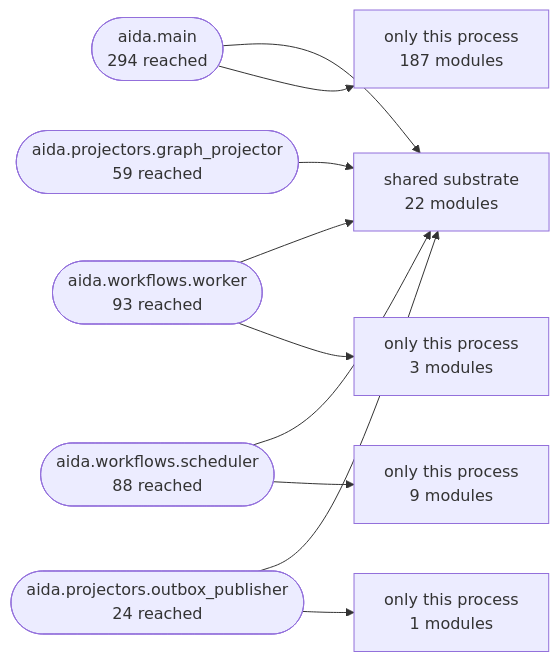
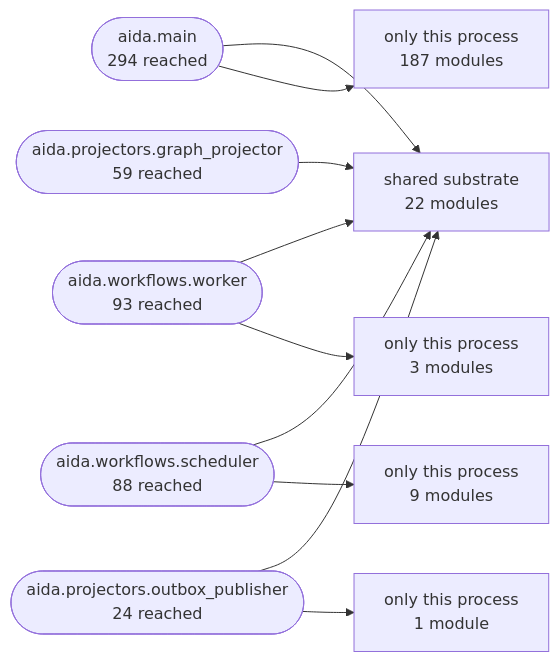
The second of 3 diagrams in Docs/10-architecture/14-generated-architecture-map.md (karuppusamym/AIDataAnalyst), drawn with Mermaid before and after one commit. The commit also changed other lines of this file and 30 other files, not shown here.

````diff
--- a/Docs/10-architecture/14-generated-architecture-map.md
+++ b/Docs/10-architecture/14-generated-architecture-map.md
@@ -164,22 +166,22 @@
 ```mermaid
 graph LR
   shared["shared substrate<br/>22 modules"]
   aida_main(["aida.main<br/>294 reached"])
   aida_workflows_worker(["aida.workflows.worker<br/>93 reached"])
   aida_workflows_scheduler(["aida.workflows.scheduler<br/>88 reached"])
   aida_projectors_graph_projector(["aida.projectors.graph_projector<br/>59 reached"])
   aida_projectors_outbox_publisher(["aida.projectors.outbox_publisher<br/>24 reached"])
   aida_main --> shared
   only_aida_main["only this process<br/>187 modules"]
   aida_main --> only_aida_main
   aida_workflows_worker --> shared
   only_aida_workflows_worker["only this process<br/>3 modules"]
   aida_workflows_worker --> only_aida_workflows_worker
   aida_workflows_scheduler --> shared
   only_aida_workflows_scheduler["only this process<br/>9 modules"]
   aida_workflows_scheduler --> only_aida_workflows_scheduler
   aida_projectors_graph_projector --> shared
   aida_projectors_outbox_publisher --> shared
-  only_aida_projectors_outbox_publisher["only this process<br/>1 modules"]
+  only_aida_projectors_outbox_publisher["only this process<br/>1 module"]
   aida_projectors_outbox_publisher --> only_aida_projectors_outbox_publisher
 ```
````
